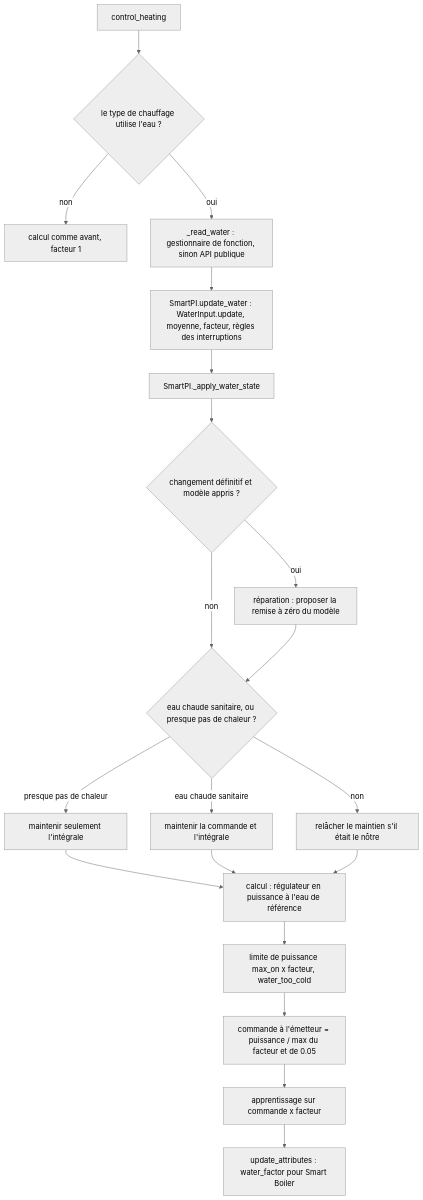
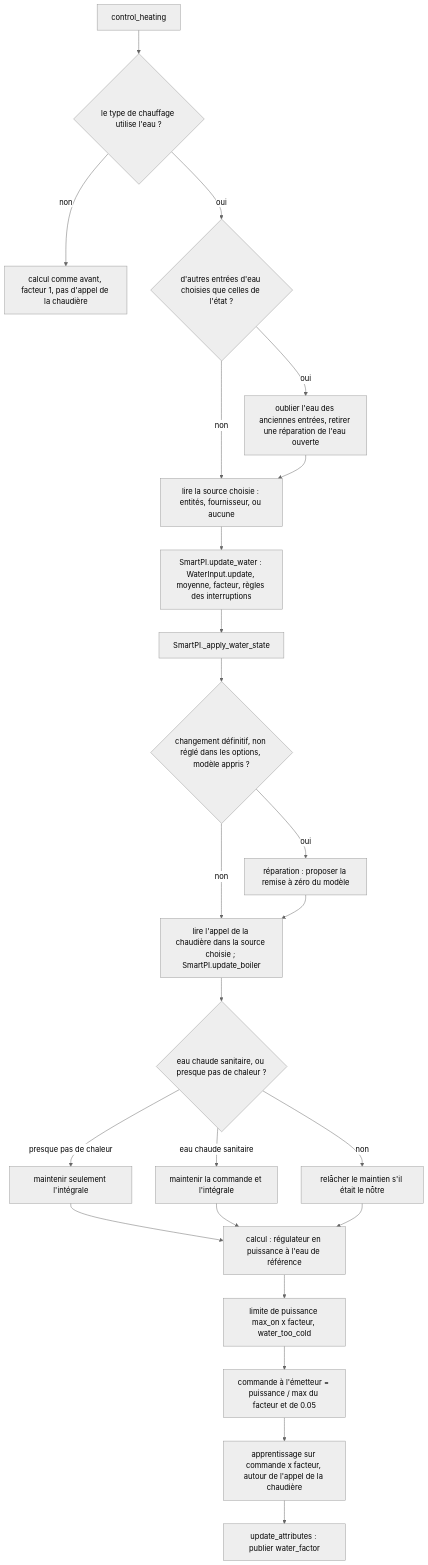
One commit to Shadow-230/vtherm_smartpi changed the sixth of 6 diagrams in documentation/fr/water_input.md. Above: the diagram before and after it, drawn with Mermaid (neutral theme). The commit also changed other lines of this file and 85 other files, not shown here.

````diff
--- a/documentation/fr/water_input.md
+++ b/documentation/fr/water_input.md
@@ -495,22 +711,26 @@
 ```mermaid
 flowchart TD
     A[control_heating] --> B{"le type de chauffage utilise l'eau ?"}
-    B -- non --> K["calcul comme avant, facteur 1"]
-    B -- oui --> C["_read_water : gestionnaire de fonction, sinon API publique"]
-    C --> D["SmartPI.update_water : WaterInput.update, moyenne, facteur, règles des interruptions"]
+    B -- non --> K["calcul comme avant, facteur 1, pas d'appel de la chaudière"]
+    B -- oui --> C{"d'autres entrées d'eau choisies que celles de l'état ?"}
+    C -- oui --> C0["oublier l'eau des anciennes entrées, retirer une réparation de l'eau ouverte"]
+    C -- non --> C1["lire la source choisie : entités, fournisseur, ou aucune"]
+    C0 --> C1
+    C1 --> D["SmartPI.update_water : WaterInput.update, moyenne, facteur, règles des interruptions"]
     D --> G[SmartPI._apply_water_state]
-    G --> E{"changement définitif et modèle appris ?"}
+    G --> E{"changement définitif, non réglé dans les options, modèle appris ?"}
     E -- oui --> F["réparation : proposer la remise à zéro du modèle"]
-    E -- non --> H{"eau chaude sanitaire, ou presque pas de chaleur ?"}
-    F --> H
+    E -- non --> BC
+    F --> BC["lire l'appel de la chaudière dans la source choisie ; SmartPI.update_boiler"]
+    BC --> H{"eau chaude sanitaire, ou presque pas de chaleur ?"}
     H -- "eau chaude sanitaire" --> I["maintenir la commande et l'intégrale"]
     H -- "presque pas de chaleur" --> I2["maintenir seulement l'intégrale"]
     H -- non --> J["relâcher le maintien s'il était le nôtre"]
     I2 --> K2
     I --> K2["calcul : régulateur en puissance à l'eau de référence"]
     J --> K2
     K2 --> L["limite de puissance max_on x facteur, water_too_cold"]
     L --> M["commande à l'émetteur = puissance / max du facteur et de 0.05"]
-    M --> N["apprentissage sur commande x facteur"]
-    N --> O["update_attributes : water_factor pour Smart Boiler"]
+    M --> N["apprentissage sur commande x facteur, autour de l'appel de la chaudière"]
+    N --> O["update_attributes : publier water_factor"]
 ```
````
